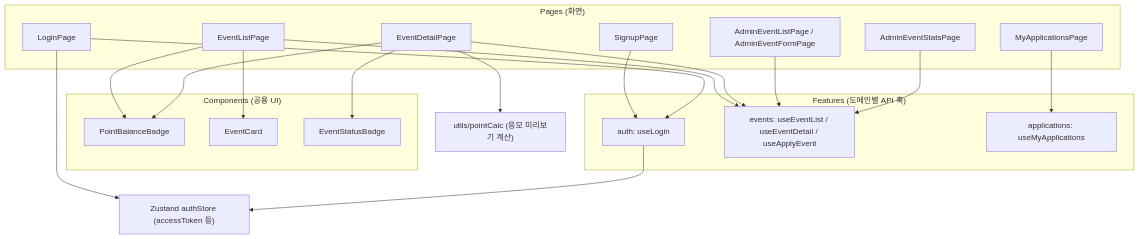
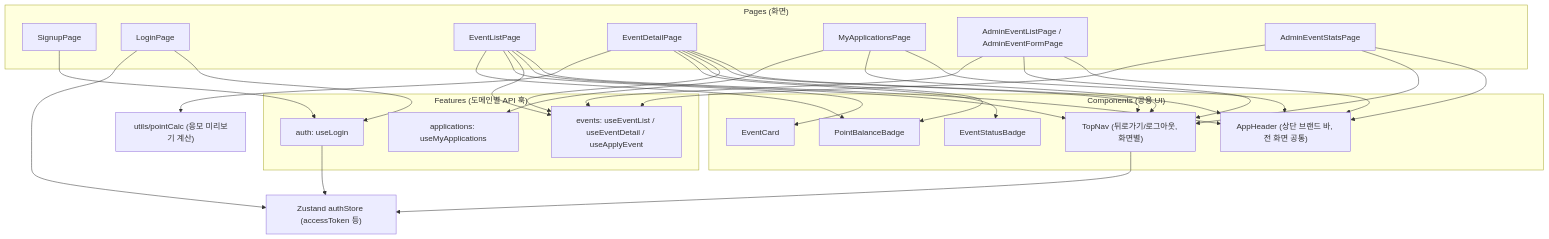
Before and after one commit to wonjungkim21/b2b-promo: the second of 3 diagrams in docs/7-arch-diagram.md, drawn with Mermaid. The commit also changed other lines of this file and 28 other files, not shown here.

First line of the commit message:
Add FreshMeal brand redesign, apply-confirm dialog, and nav/detail UX improvements

````diff
--- a/docs/7-arch-diagram.md
+++ b/docs/7-arch-diagram.md
@@ -47,47 +47,60 @@
 ```mermaid
 flowchart TB
     subgraph Pages["Pages (화면)"]
         Signup["SignupPage"]
         Login["LoginPage"]
         EventList["EventListPage"]
         EventDetail["EventDetailPage"]
         MyApps["MyApplicationsPage"]
         AdminEvent["AdminEventListPage / AdminEventFormPage"]
         AdminStats["AdminEventStatsPage"]
     end
 
     subgraph Components["Components (공용 UI)"]
+        AppHeader["AppHeader (상단 브랜드 바, 전 화면 공통)"]
+        TopNav["TopNav (뒤로가기/로그아웃, 화면별)"]
         PointBadge["PointBalanceBadge"]
         EventCard["EventCard"]
         StatusBadge["EventStatusBadge"]
     end
 
     subgraph Features["Features (도메인별 API 훅)"]
         AuthHooks["auth: useLogin"]
         EventHooks["events: useEventList / useEventDetail / useApplyEvent"]
         AppHooks["applications: useMyApplications"]
     end
 
     Store["Zustand authStore (accessToken 등)"]
     Utils["utils/pointCalc (응모 미리보기 계산)"]
 
     Signup --> AuthHooks
     Login --> AuthHooks
     Login --> Store
 
+    EventList --> AppHeader
+    EventList --> TopNav
     EventList --> EventHooks
     EventList --> EventCard
     EventList --> PointBadge
 
+    EventDetail --> AppHeader
+    EventDetail --> TopNav
     EventDetail --> EventHooks
     EventDetail --> PointBadge
     EventDetail --> StatusBadge
     EventDetail --> Utils
 
+    MyApps --> AppHeader
+    MyApps --> TopNav
     MyApps --> AppHooks
 
+    AdminEvent --> AppHeader
+    AdminEvent --> TopNav
     AdminEvent --> EventHooks
+    AdminStats --> AppHeader
+    AdminStats --> TopNav
     AdminStats --> EventHooks
 
+    TopNav --> Store
     AuthHooks --> Store
 ```
````
